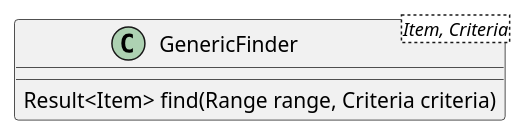
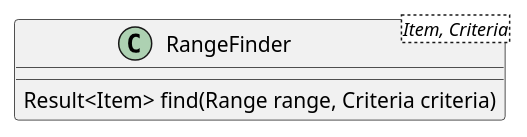
The diagram in puml/business/generic-finder.puml (seedstack/website), drawn with PlantUML before and after one commit. The commit also changed 5 other files, not shown here.

```diff
--- a/puml/business/generic-finder.puml
+++ b/puml/business/generic-finder.puml
@@ -1,5 +1,5 @@
 @startuml
-class GenericFinder<Item, Criteria> {
+class RangeFinder<Item, Criteria> {
   Result<Item> find(Range range, Criteria criteria)
 }
 @enduml
```
